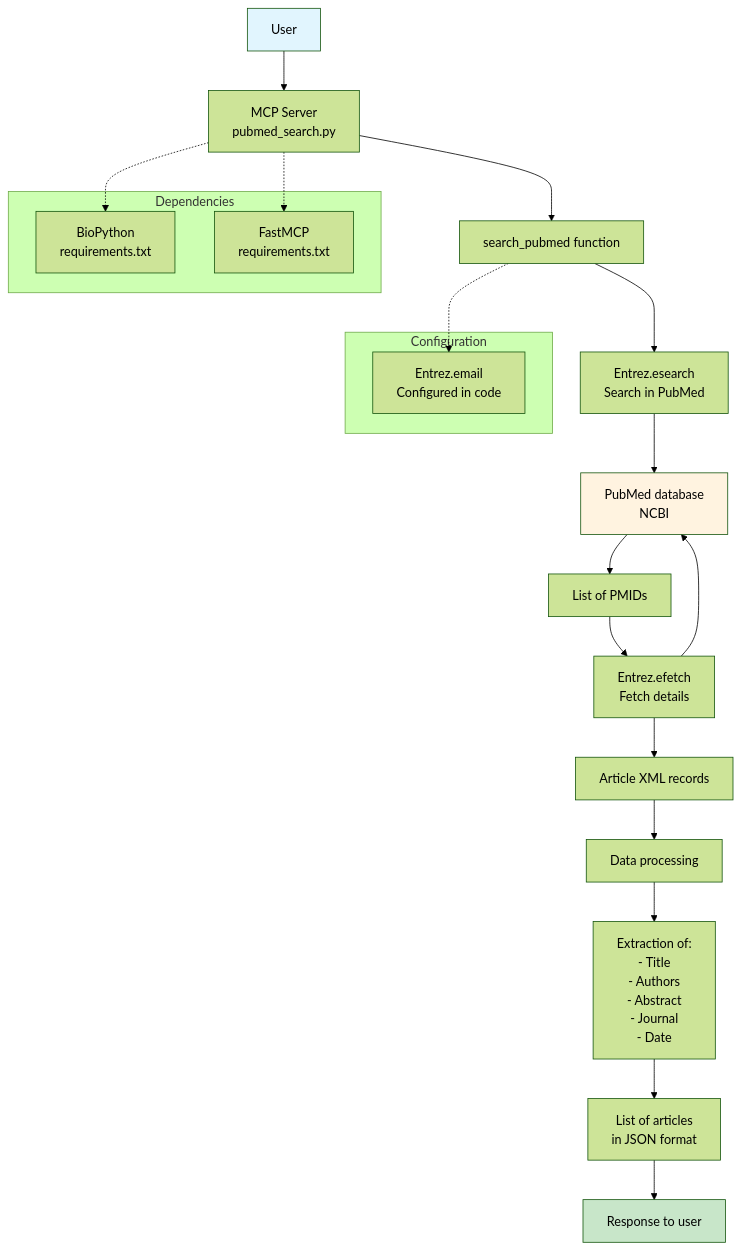
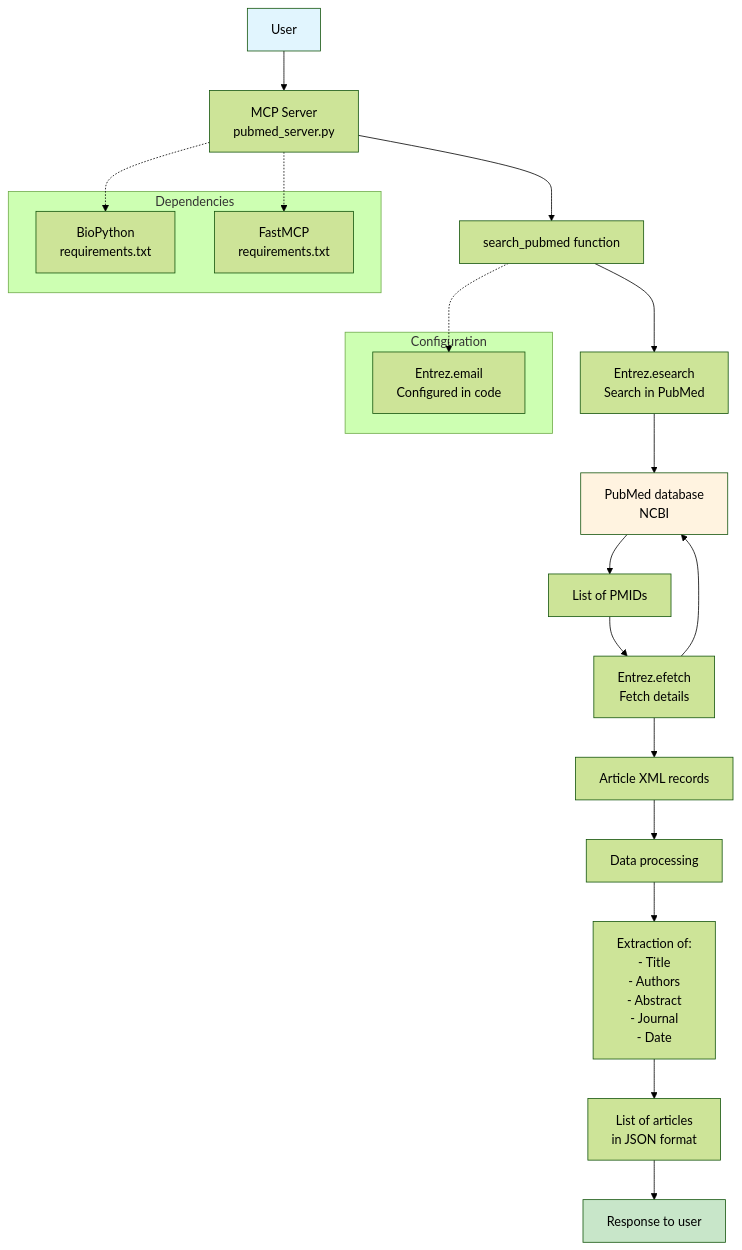
One commit to emi-dm/PubMed-MCP changed the diagram in README.md. Above: the diagram before and after it, drawn with Mermaid (forest theme). The commit also changed other lines of this file and 1 other file, not shown here.

Commit message:
Fix references in README.md and implement pubmed_server.py for PubMed search functionality

````diff
--- a/README.md
+++ b/README.md
@@ -16,33 +16,33 @@
 ```mermaid
 graph TB
-  A[User] --> B[MCP Server<br/>pubmed_search.py]
+  A[User] --> B[MCP Server<br/>pubmed_server.py]
   B --> C[search_pubmed function]
   C --> D[Entrez.esearch<br/>Search in PubMed]
   D --> E[PubMed database<br/>NCBI]
   E --> F[List of PMIDs]
   F --> G[Entrez.efetch<br/>Fetch details]
   G --> E
   G --> H[Article XML records]
   H --> I[Data processing]
   I --> J[Extraction of:<br/>- Title<br/>- Authors<br/>- Abstract<br/>- Journal<br/>- Date]
   J --> K[List of articles<br/>in JSON format]
   K --> L[Response to user]
 
   subgraph "Dependencies"
     M[BioPython<br/>requirements.txt]
     N[FastMCP<br/>requirements.txt]
   end
 
   B -.-> M
   B -.-> N
 
   subgraph "Configuration"
     O[Entrez.email<br/>Configured in code]
   end
 
   C -.-> O
 
   style A fill:#e1f5fe
   style L fill:#c8e6c9
   style E fill:#fff3e0
 ```
````
